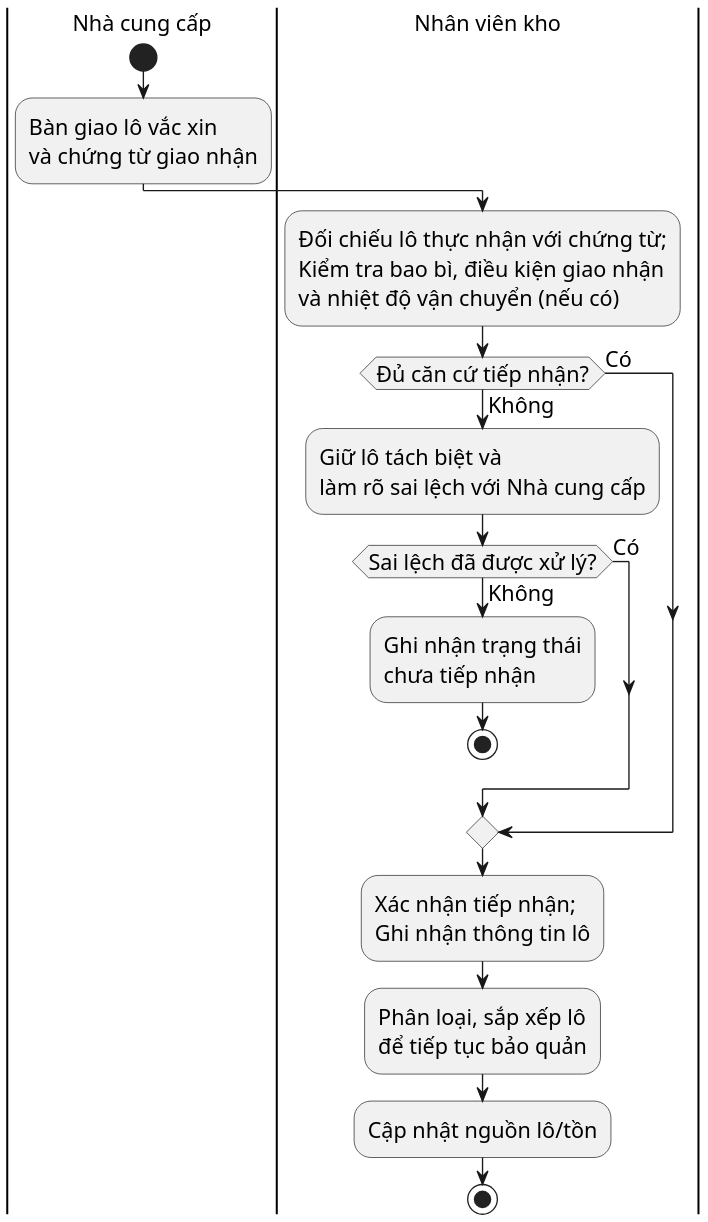
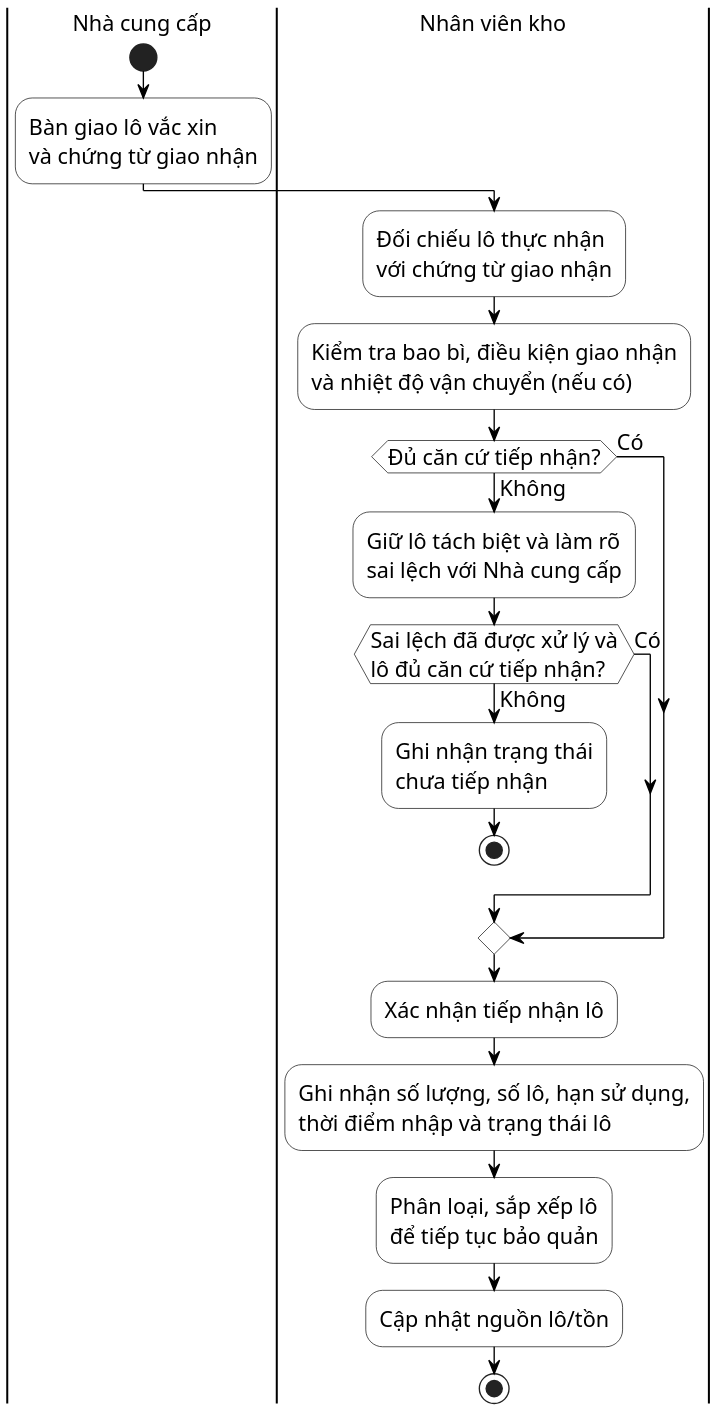
Before and after one commit to datngo1203/KLCN-QuanLyTiemChung: the diagram in docs/thesis/uml/Hinh_2_2_Activity_Nhap_Vac_Xin.puml, drawn with PlantUML. The commit also changed 7 other files, not shown here.

Commit message:
docs: add remaining business activity diagram sources

```diff
--- a/docs/thesis/uml/Hinh_2_2_Activity_Nhap_Vac_Xin.puml
+++ b/docs/thesis/uml/Hinh_2_2_Activity_Nhap_Vac_Xin.puml
@@ -1,31 +1,38 @@
 @startuml
 ' HUIT UML Visual Profile v1 - compact print layout
 skinparam monochrome true
 skinparam shadowing false
 skinparam backgroundColor white
 skinparam defaultFontName "Times New Roman"
 skinparam defaultFontSize 16
+skinparam ArrowColor black
+skinparam ActivityBorderColor black
+skinparam ActivityBackgroundColor white
+skinparam PartitionBorderColor black
+skinparam PartitionBackgroundColor white
 skinparam dpi 180
 
 |Nhà cung cấp|
 start
 :Bàn giao lô vắc xin\nvà chứng từ giao nhận;
 
 |Nhân viên kho|
-:Đối chiếu lô thực nhận với chứng từ;\nKiểm tra bao bì, điều kiện giao nhận\nvà nhiệt độ vận chuyển (nếu có);
+:Đối chiếu lô thực nhận\nvới chứng từ giao nhận;
+:Kiểm tra bao bì, điều kiện giao nhận\nvà nhiệt độ vận chuyển (nếu có);
 
 if (Đủ căn cứ tiếp nhận?) then (Có)
 else (Không)
-  :Giữ lô tách biệt và\nlàm rõ sai lệch với Nhà cung cấp;
-  if (Sai lệch đã được xử lý?) then (Có)
+  :Giữ lô tách biệt và làm rõ\nsai lệch với Nhà cung cấp;
+  if (Sai lệch đã được xử lý và\nlô đủ căn cứ tiếp nhận?) then (Có)
   else (Không)
     :Ghi nhận trạng thái\nchưa tiếp nhận;
     stop
   endif
 endif
 
-:Xác nhận tiếp nhận;\nGhi nhận thông tin lô;
+:Xác nhận tiếp nhận lô;
+:Ghi nhận số lượng, số lô, hạn sử dụng,\nthời điểm nhập và trạng thái lô;
 :Phân loại, sắp xếp lô\nđể tiếp tục bảo quản;
 :Cập nhật nguồn lô/tồn;
 stop
 @enduml
```
